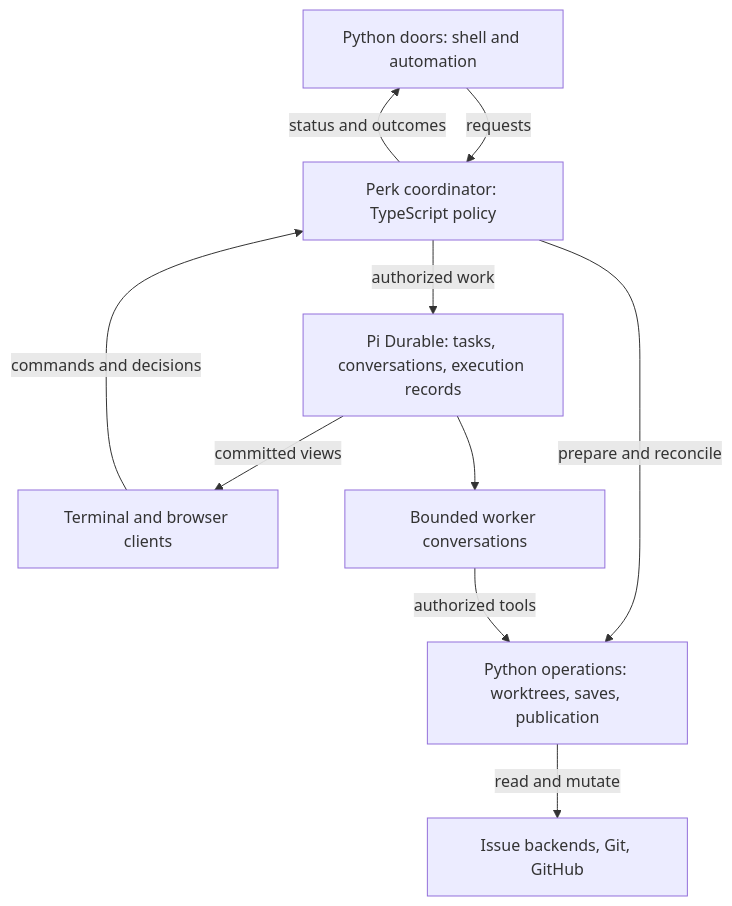
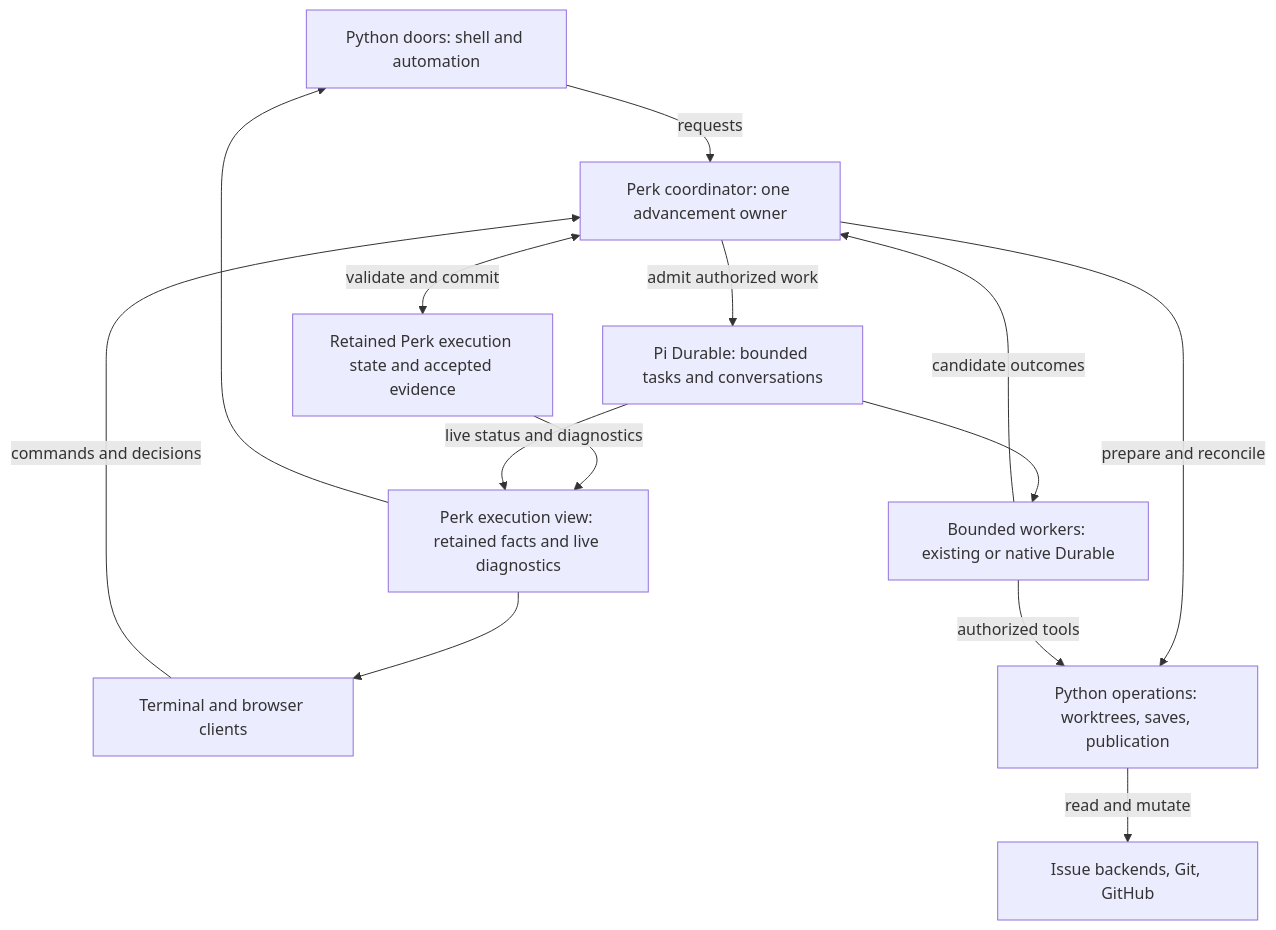
The diagram in docs/planning/pi-durable/pi-durable-workflows.md (mattgiles/perk), drawn with Mermaid before and after one commit. The commit also changed other lines of this file and 4 other files, not shown here.

````diff
--- a/docs/planning/pi-durable/pi-durable-workflows.md
+++ b/docs/planning/pi-durable/pi-durable-workflows.md
@@ -46,19 +49,25 @@
 ```mermaid
 flowchart TB
     CLI["Python doors: shell and automation"]
     UI["Terminal and browser clients"]
-    Policy["Perk coordinator: TypeScript policy"]
-    Durable["Pi Durable: tasks, conversations, execution records"]
-    Workers["Bounded worker conversations"]
+    Policy["Perk coordinator: one advancement owner"]
+    State["Retained Perk execution state and accepted evidence"]
+    Tasks["Pi Durable: bounded tasks and conversations"]
+    View["Perk execution view: retained facts and live diagnostics"]
+    Workers["Bounded workers: existing or native Durable"]
     Operations["Python operations: worktrees, saves, publication"]
     Authorities["Issue backends, Git, GitHub"]
     CLI -->|requests| Policy
     UI -->|commands and decisions| Policy
-    Policy -->|authorized work| Durable
-    Durable --> Workers
+    Policy <-->|validate and commit| State
+    Policy -->|admit authorized work| Tasks
+    Tasks --> Workers
+    Workers -->|candidate outcomes| Policy
     Policy -->|prepare and reconcile| Operations
     Workers -->|authorized tools| Operations
     Operations -->|read and mutate| Authorities
-    Durable -->|committed views| UI
-    Policy -->|status and outcomes| CLI
+    State --> View
+    Tasks -->|live status and diagnostics| View
+    View --> UI
+    View --> CLI
 ```
````
